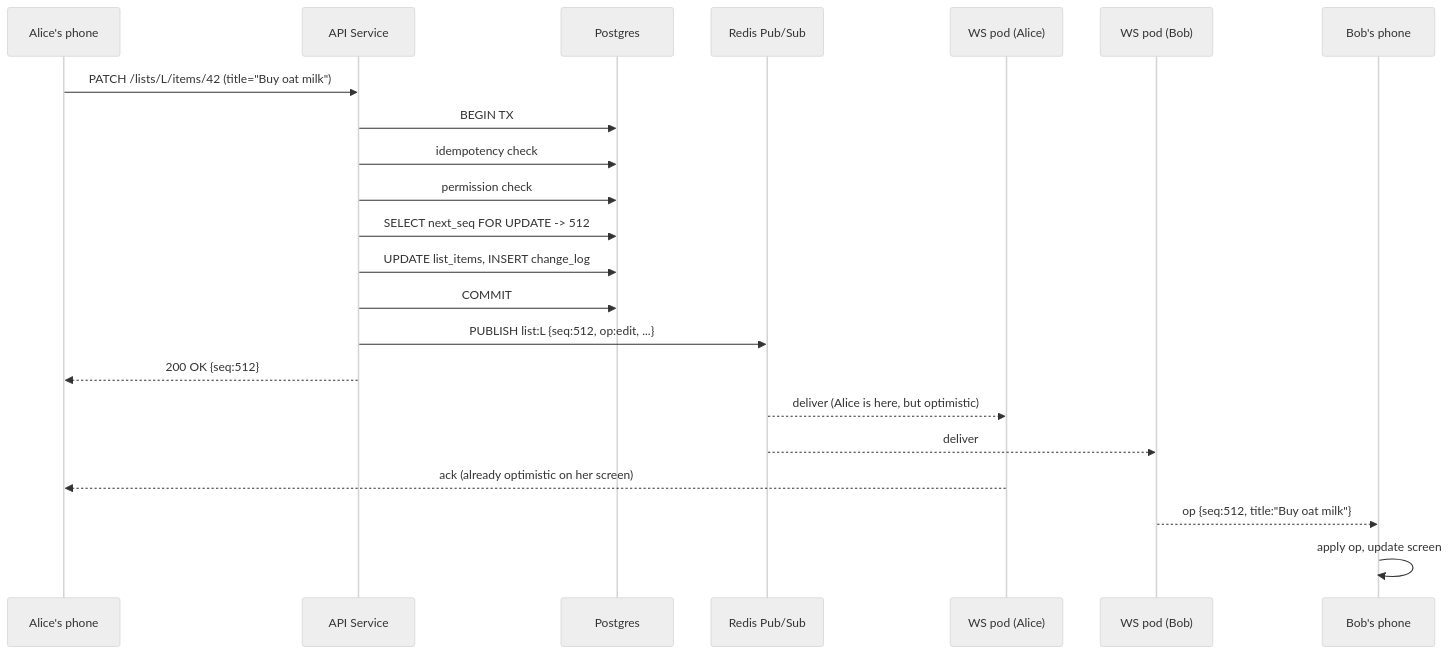
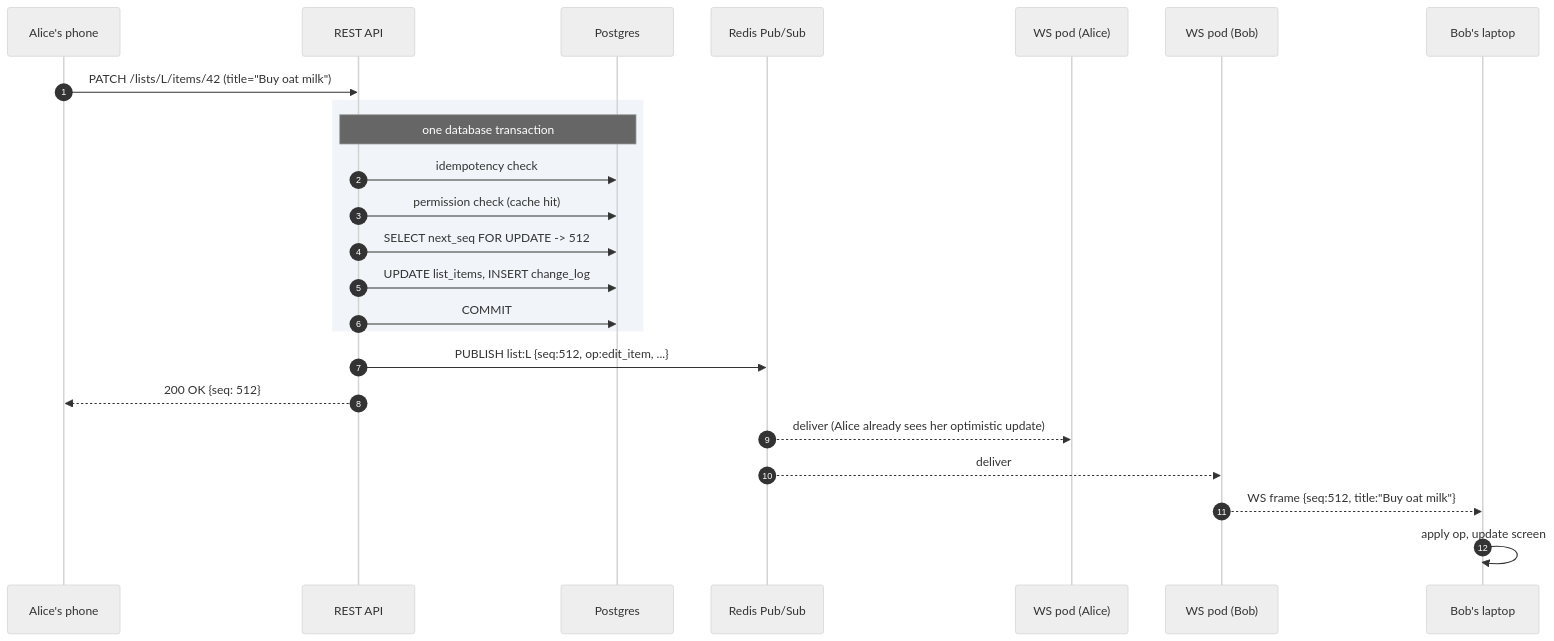
The third of 5 diagrams in problems/013-todo-list-sharing/solution.md (shiningflash/system-design), drawn with Mermaid (neutral theme) before and after one commit. The commit also changed other lines of this file and 38 other files, not shown here.

````diff
--- a/problems/013-todo-list-sharing/solution.md
+++ b/problems/013-todo-list-sharing/solution.md
@@ -331,25 +349,29 @@
 ```mermaid
 sequenceDiagram
-    participant A as Alice's phone
-    participant API as API Service
+    autonumber
+    participant Alice as Alice's phone
+    participant API as REST API
     participant DB as Postgres
-    participant R as Redis Pub/Sub
+    participant Bus as Redis Pub/Sub
     participant W1 as WS pod (Alice)
     participant W2 as WS pod (Bob)
-    participant B as Bob's phone
+    participant Bob as Bob's laptop
 
-    A->>API: PATCH /lists/L/items/42 (title="Buy oat milk")
-    API->>DB: BEGIN TX
-    API->>DB: idempotency check
-    API->>DB: permission check
-    API->>DB: SELECT next_seq FOR UPDATE -> 512
-    API->>DB: UPDATE list_items, INSERT change_log
-    API->>DB: COMMIT
-    API->>R: PUBLISH list:L {seq:512, op:edit, ...}
-    API-->>A: 200 OK {seq:512}
-    R-->>W1: deliver (Alice is here, but optimistic)
-    R-->>W2: deliver
-    W1-->>A: ack (already optimistic on her screen)
-    W2-->>B: op {seq:512, title:"Buy oat milk"}
-    B->>B: apply op, update screen
+    Alice->>API: PATCH /lists/L/items/42 (title="Buy oat milk")
+
+    rect rgb(241, 245, 249)
+        Note over API,DB: one database transaction
+        API->>DB: idempotency check
+        API->>DB: permission check (cache hit)
+        API->>DB: SELECT next_seq FOR UPDATE -> 512
+        API->>DB: UPDATE list_items, INSERT change_log
+        API->>DB: COMMIT
+    end
+
+    API->>Bus: PUBLISH list:L {seq:512, op:edit_item, ...}
+    API-->>Alice: 200 OK {seq: 512}
+    Bus-->>W1: deliver (Alice already sees her optimistic update)
+    Bus-->>W2: deliver
+    W2-->>Bob: WS frame {seq:512, title:"Buy oat milk"}
+    Bob->>Bob: apply op, update screen
 ```
````
